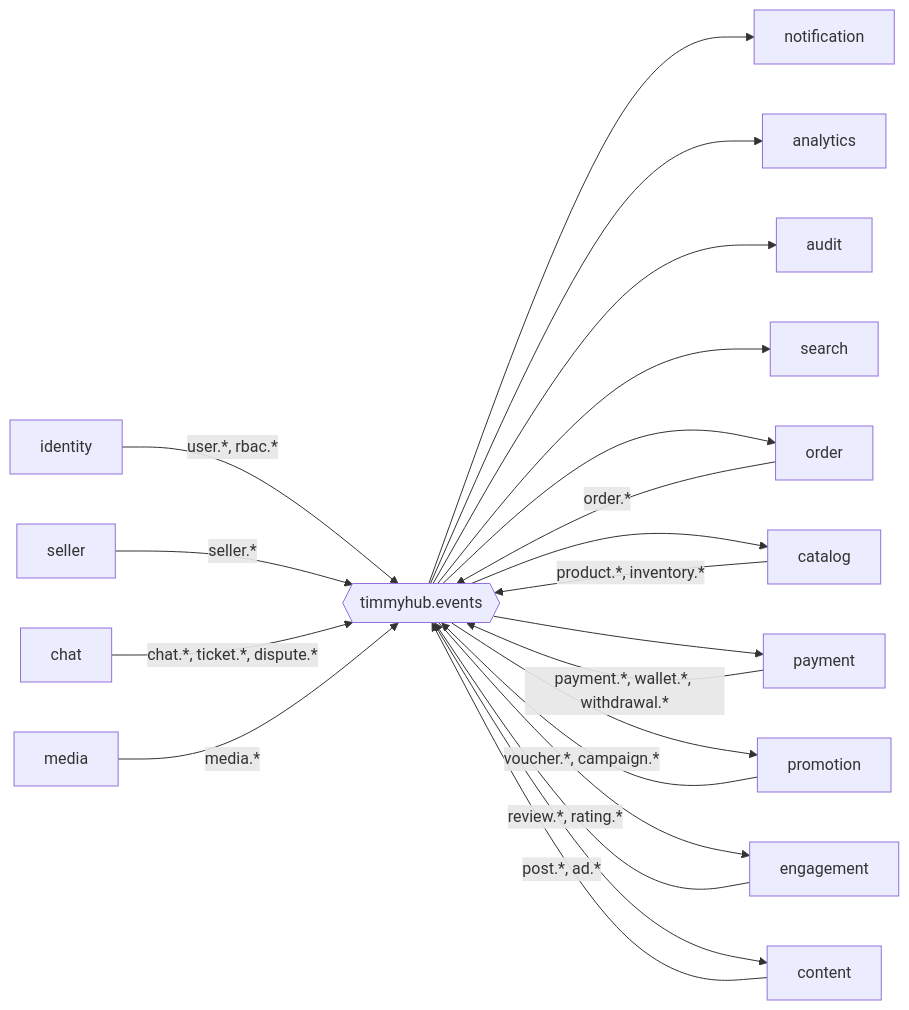
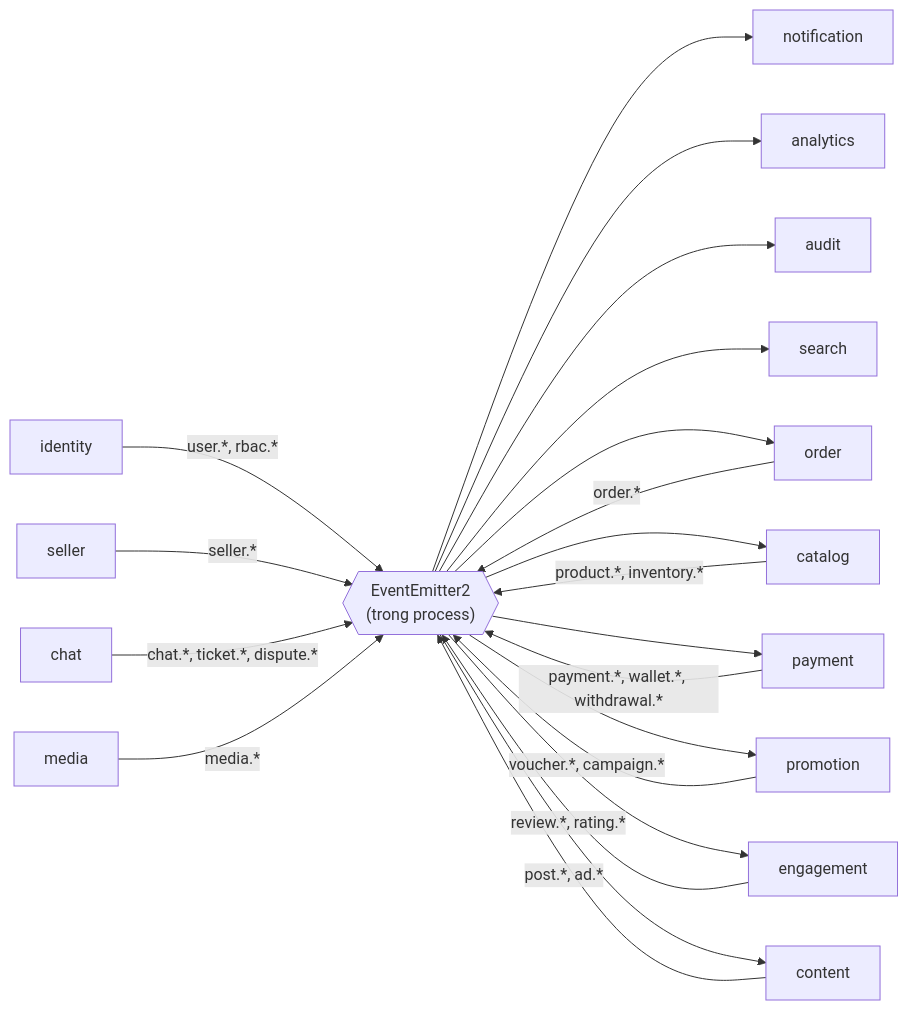
The diagram in docs/01-architecture/event-catalog.md (timmy277/timmyhub), drawn with Mermaid before and after one commit. The commit also changed other lines of this file and 34 other files, not shown here.

````diff
--- a/docs/01-architecture/event-catalog.md
+++ b/docs/01-architecture/event-catalog.md
@@ -358,24 +367,24 @@
 ```mermaid
 flowchart LR
-    IDN[identity] -->|user.*, rbac.*| BUS{{timmyhub.events}}
+    IDN[identity] -->|user.*, rbac.*| BUS{{"EventEmitter2<br/>(trong process)"}}
     SEL[seller] -->|seller.*| BUS
     CAT[catalog] -->|product.*, inventory.*| BUS
     ORD[order] -->|order.*| BUS
     PAY[payment] -->|payment.*, wallet.*, withdrawal.*| BUS
     PRM[promotion] -->|voucher.*, campaign.*| BUS
     CNT[content] -->|post.*, ad.*| BUS
     ENG[engagement] -->|review.*, rating.*| BUS
     CHT[chat] -->|chat.*, ticket.*, dispute.*| BUS
     MED[media] -->|media.*| BUS
 
     BUS --> NTF[notification]
     BUS --> ANA[analytics]
     BUS --> AUD[audit]
     BUS --> SRC[search]
     BUS --> ORD
     BUS --> CAT
     BUS --> PAY
     BUS --> PRM
     BUS --> ENG
     BUS --> CNT
 ```
````
